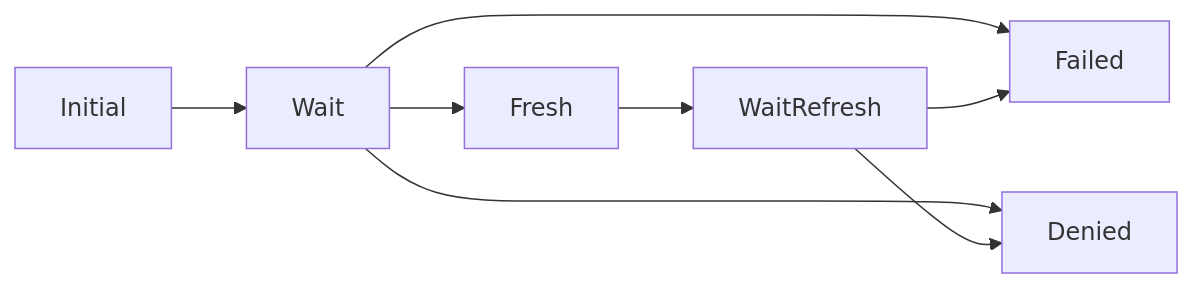
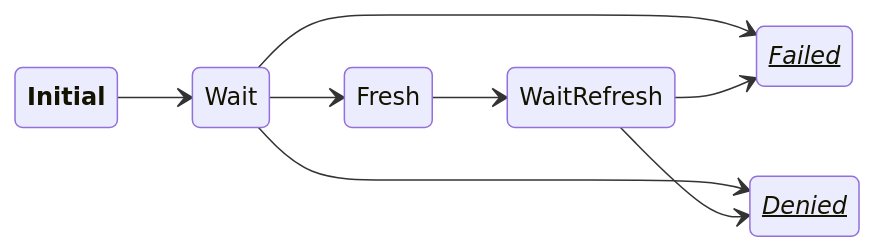
Before and after one commit to kubernetes/website: the diagram in content/en/docs/concepts/storage/projected-volumes.md, drawn with Mermaid. The commit also changed other lines of this file and 2 other files, not shown here.

Commit message:
Pod Certificates: Review feedback 1

```diff
--- a/content/en/docs/concepts/storage/projected-volumes.md
+++ b/content/en/docs/concepts/storage/projected-volumes.md
@@ -157,10 +155,20 @@
 {{< mermaid >}} 
-    graph LR
-    Initial --> Wait
-    Wait --> Fresh
-    Wait --> Failed
-    Wait --> Denied
-    Fresh --> WaitRefresh
-    WaitRefresh --> Failed
-    WaitRefresh --> Denied
+stateDiagram-v2
+
+classDef endState text-decoration:underline,font-style:italic
+classDef startState font-weight:bold
+
+direction LR
+
+Initial --> Wait
+Wait --> Fresh
+Wait --> Failed
+Wait --> Denied
+Fresh --> WaitRefresh
+WaitRefresh --> Failed
+WaitRefresh --> Denied
+
+class Denied endState
+class Failed endState
+class Initial startState
 {{< /mermaid >}}
```
